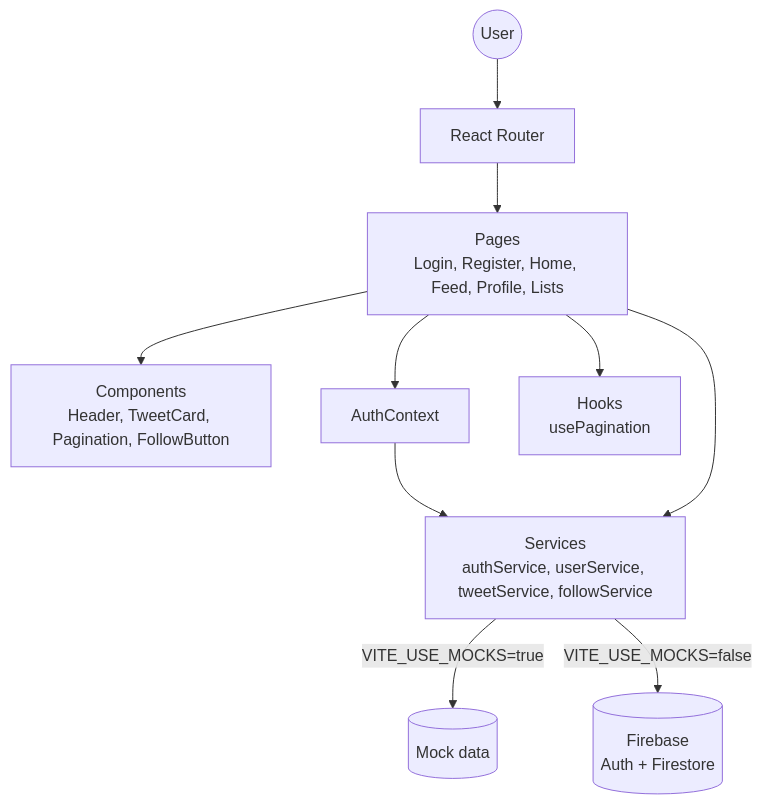
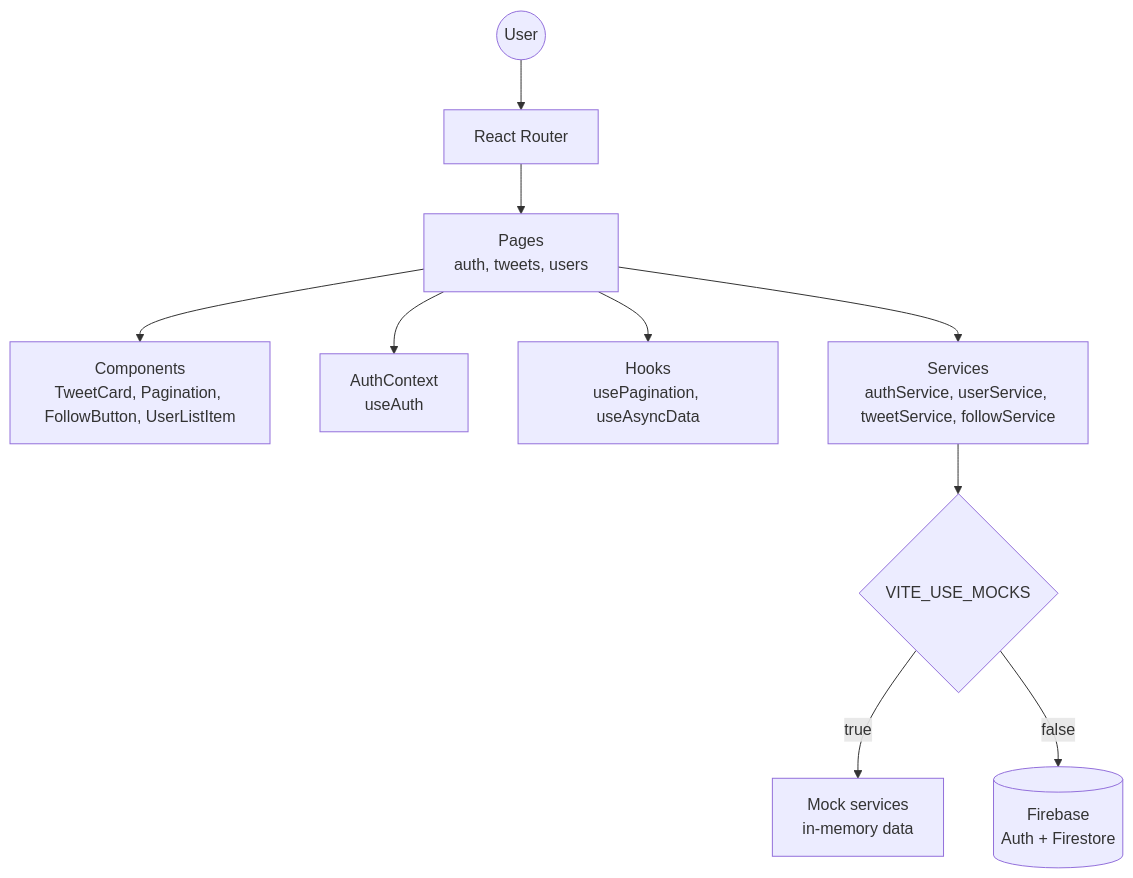
One commit to AN1D31/CS1_TwitterClone_EquipoSixSeven changed the first of 2 diagrams in README.md. Above: the diagram before and after it, drawn with Mermaid. The commit also changed other lines of this file, not shown here.

````diff
--- a/README.md
+++ b/README.md
@@ -87,12 +162,12 @@
 ```mermaid
 flowchart TD
     User((User)) --> Router[React Router]
-    Router --> Pages[Pages<br/>Login, Register, Home, Feed, Profile, Lists]
-    Pages --> Components[Components<br/>Header, TweetCard, Pagination, FollowButton]
-    Pages --> Context[AuthContext]
-    Pages --> Hooks[Hooks<br/>usePagination]
-    Context --> Services
+    Router --> Pages[Pages<br/>auth, tweets, users]
+    Pages --> Components[Components<br/>TweetCard, Pagination, FollowButton, UserListItem]
+    Pages --> Context[AuthContext<br/>useAuth]
+    Pages --> Hooks[Hooks<br/>usePagination, useAsyncData]
     Pages --> Services[Services<br/>authService, userService, tweetService, followService]
-    Services -->|VITE_USE_MOCKS=true| Mocks[(Mock data)]
-    Services -->|VITE_USE_MOCKS=false| Firebase[(Firebase<br/>Auth + Firestore)]
+    Services --> Mode{VITE_USE_MOCKS}
+    Mode -->|true| Mock[Mock services<br/>in-memory data]
+    Mode -->|false| Firebase[(Firebase<br/>Auth + Firestore)]
 ```
````
